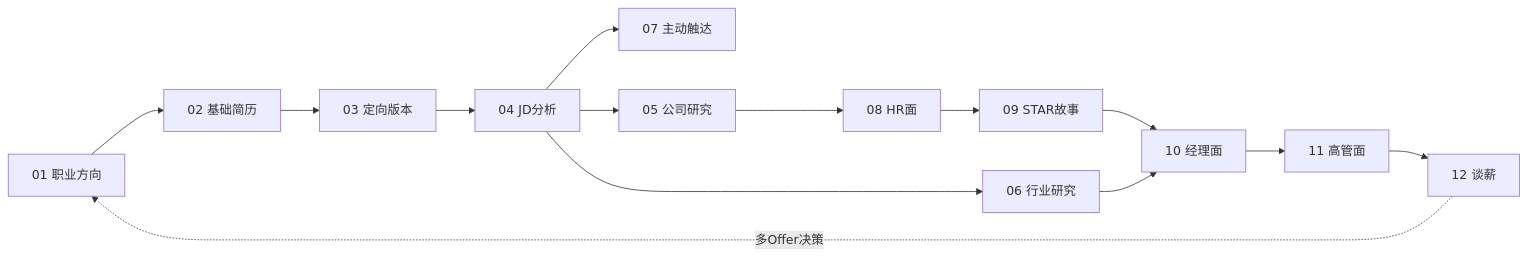
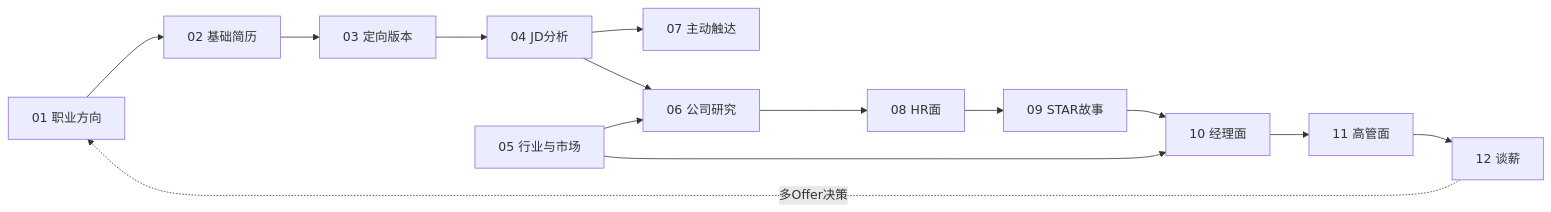
The diagram in README.md (JaclynDeng/Hireable), drawn with Mermaid before and after one commit. The commit also changed other lines of this file and 12 other files, not shown here.

````diff
--- a/README.md
+++ b/README.md
@@ -24,11 +26,11 @@
 ```mermaid
 flowchart LR
   S01[01 职业方向] --> S02[02 基础简历] --> S03[03 定向版本]
   S03 --> S04[04 JD分析]
   S04 --> S07[07 主动触达]
-  S04 --> S05[05 公司研究]
-  S04 --> S06[06 行业研究]
-  S05 --> S08[08 HR面] --> S09[09 STAR故事] --> S10[10 经理面] --> S11[11 高管面] --> S12[12 谈薪]
-  S06 --> S10
+  S04 --> S06[06 公司研究]
+  S05[05 行业与市场] --> S06
+  S06 --> S08[08 HR面] --> S09[09 STAR故事] --> S10[10 经理面] --> S11[11 高管面] --> S12[12 谈薪]
+  S05 --> S10
   S12 -.多Offer决策.-> S01
 ```
````
